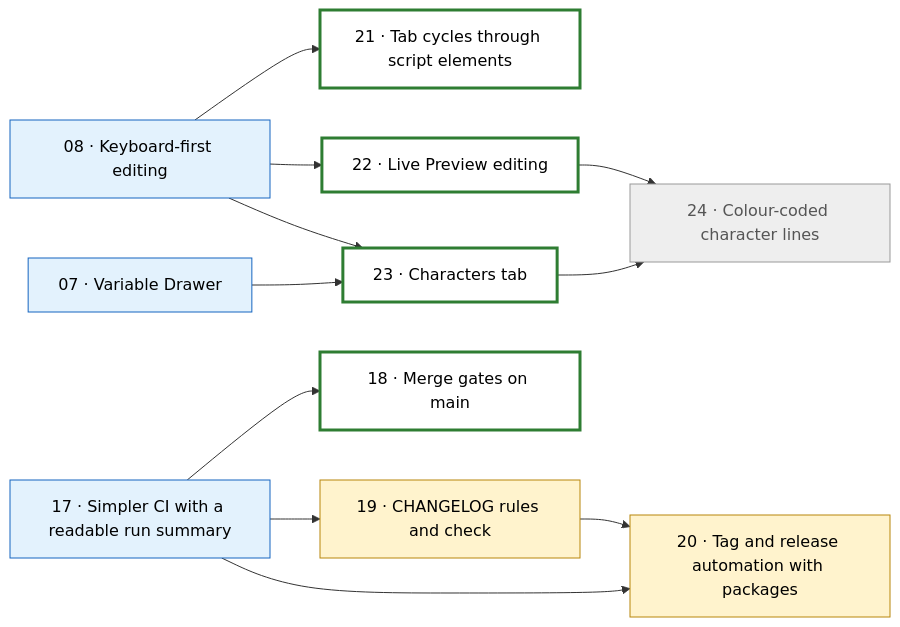
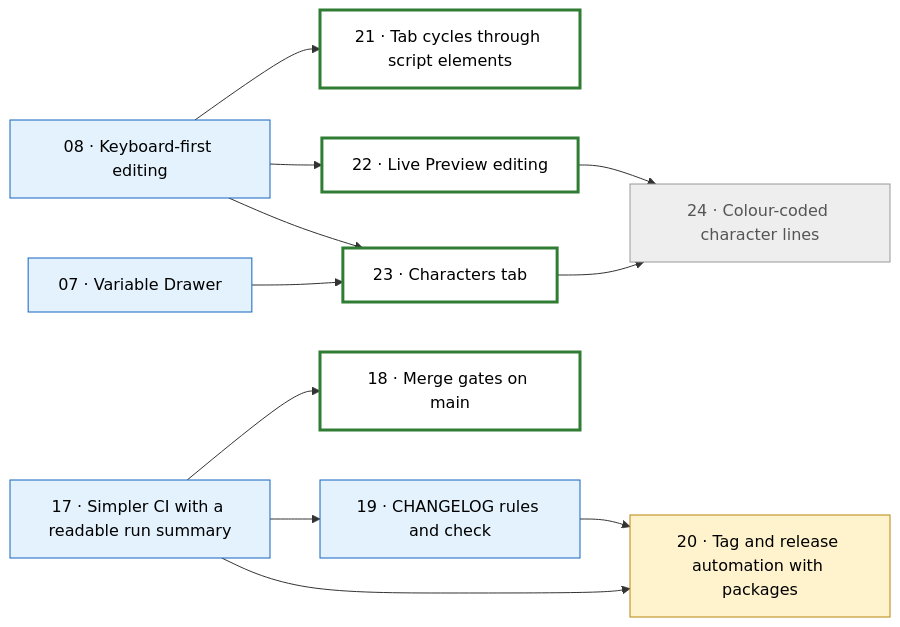
One commit to mikebgio/eink-screenplay-writer changed the diagram in PLAN-2.md. Above: the diagram before and after it, drawn with Mermaid. The commit also changed other lines of this file and 11 other files, not shown here.

Commit message:
19: CHANGELOG rules and check

````diff
--- a/PLAN-2.md
+++ b/PLAN-2.md
@@ -18,28 +18,28 @@
 ```mermaid
 flowchart LR
   T07["07 · Variable Drawer"]:::needsdevice
   T08["08 · Keyboard-first editing"]:::needsdevice
   T17["17 · Simpler CI with a readable run summary"]:::needsdevice
   T18["18 · Merge gates on main"]:::ready
-  T19["19 · CHANGELOG rules and check"]:::inprogress
+  T19["19 · CHANGELOG rules and check"]:::needsdevice
   T20["20 · Tag and release automation with packages"]:::inprogress
   T21["21 · Tab cycles through script elements"]:::ready
   T22["22 · Live Preview editing"]:::ready
   T23["23 · Characters tab"]:::ready
   T24["24 · Colour-coded character lines"]:::blocked
   T17 --> T18
   T17 --> T19
   T17 --> T20
   T19 --> T20
   T08 --> T21
   T08 --> T22
   T07 --> T23
   T08 --> T23
   T22 --> T24
   T23 --> T24
   classDef done fill:#d4edda,stroke:#2e7d32,color:#000
   classDef needsdevice fill:#e3f2fd,stroke:#1565c0,color:#000
   classDef inprogress fill:#fff3cd,stroke:#b8860b,color:#000
   classDef ready fill:#ffffff,stroke:#2e7d32,stroke-width:3px,color:#000
   classDef blocked fill:#eeeeee,stroke:#999,color:#555
 ```
````
